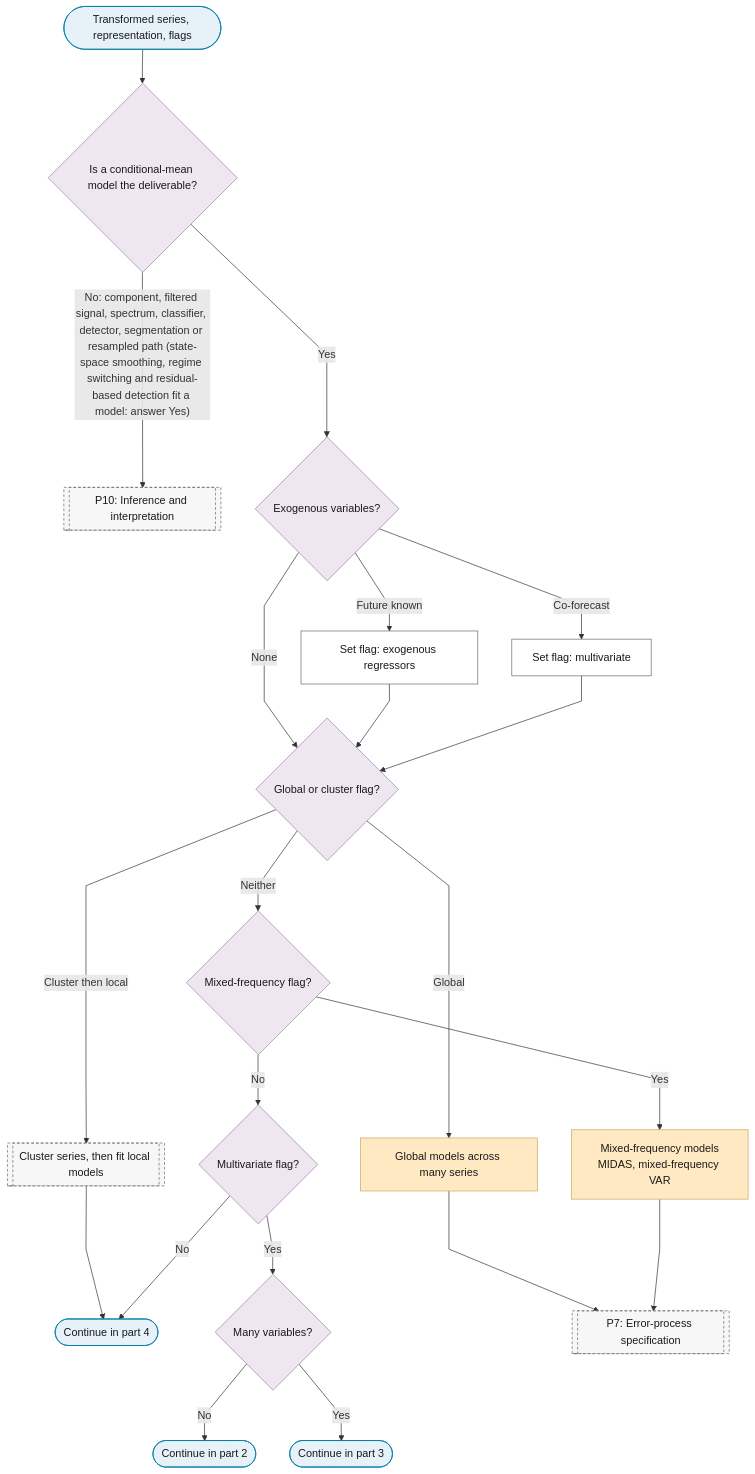
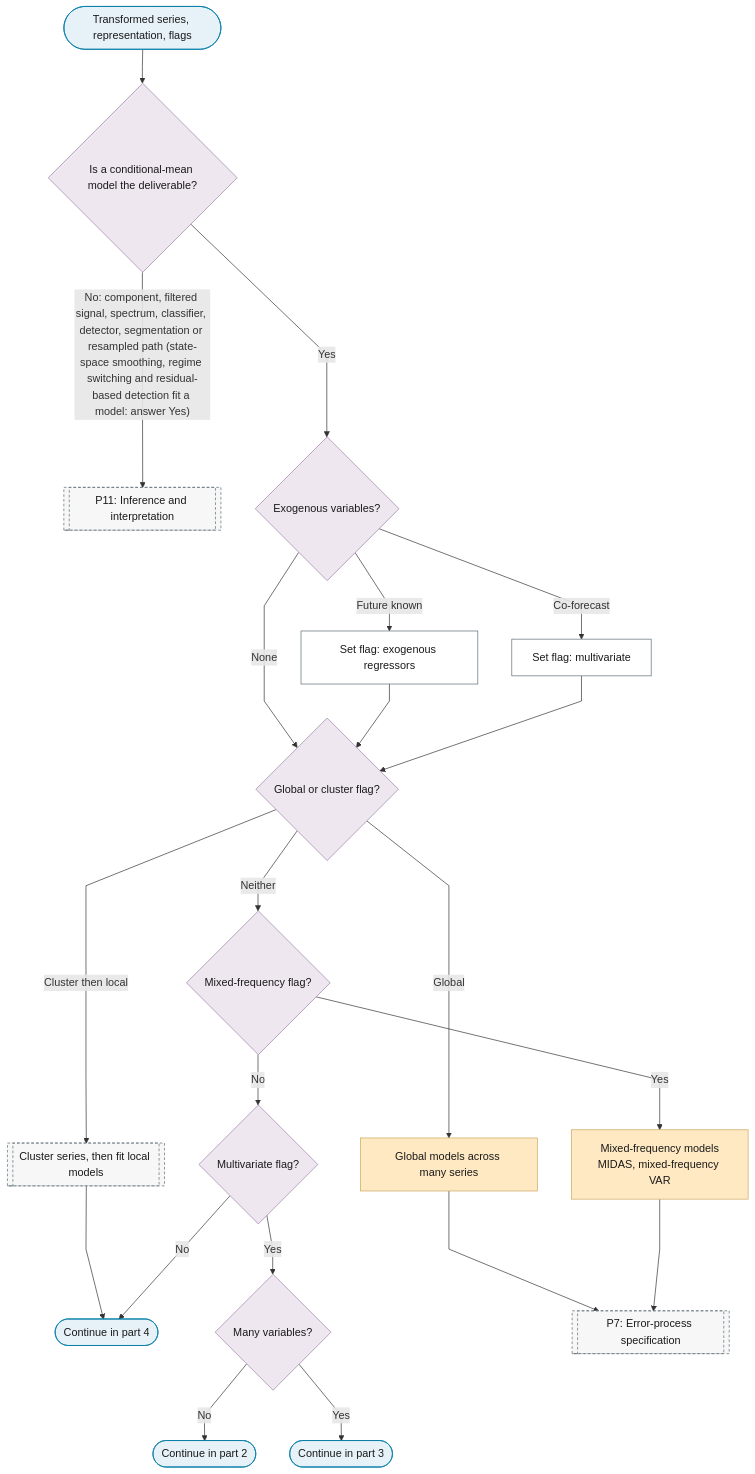
One commit to Shuxin-Y/time-series-analysis-manual changed the first of 10 diagrams in docs/01-workflow/p06-mean-model-class.md. Above: the diagram before and after it, drawn with Mermaid. The commit also changed other lines of this file and 75 other files, not shown here.

````diff
--- a/docs/01-workflow/p06-mean-model-class.md
+++ b/docs/01-workflow/p06-mean-model-class.md
@@ -11,35 +11,35 @@
 ```mermaid
 %%{init: {"flowchart": {"curve": "linear"}}}%%
 graph TD
     P6_IN(["Transformed series, representation, flags"]) --> P6_MODEL_NEEDED{"Is a conditional-mean model the deliverable?"}
-    P6_MODEL_NEEDED -->|"No: component, filtered signal, spectrum, classifier, detector, segmentation or resampled path (state-space smoothing, regime switching and residual-based detection fit a model: answer Yes)"| P10[["P10: Inference and interpretation"]]
+    P6_MODEL_NEEDED -->|"No: component, filtered signal, spectrum, classifier, detector, segmentation or resampled path (state-space smoothing, regime switching and residual-based detection fit a model: answer Yes)"| P11[["P11: Inference and interpretation"]]
     P6_MODEL_NEEDED -->|"Yes"| P6_EXOGENOUS{"Exogenous variables?"}
     P6_EXOGENOUS -->|"Future known"| P6_EXOG_FLAG["Set flag: exogenous regressors"]
     P6_EXOGENOUS -->|"Co-forecast"| P6_MULTI_FLAG["Set flag: multivariate"]
     P6_EXOGENOUS -->|"None"| P6_GLOBAL_Q
     P6_EXOG_FLAG & P6_MULTI_FLAG --> P6_GLOBAL_Q{"Global or cluster flag?"}
     P6_GLOBAL_Q -->|"Global"| P6_GLOBAL_MODELS["Global models across many series"]
     P6_GLOBAL_Q -->|"Cluster then local"| B7_CLUSTER_THEN_LOCAL[["Cluster series, then fit local models"]]
     P6_GLOBAL_Q -->|"Neither"| P6_MIXED_Q{"Mixed-frequency flag?"}
     B7_CLUSTER_THEN_LOCAL --> P6_TO_PART_4
     P6_MIXED_Q -->|"Yes"| P6_MIXED_FREQUENCY["Mixed-frequency models<br/>MIDAS, mixed-frequency VAR"]
     P6_MIXED_Q -->|"No"| P6_MULTI_Q{"Multivariate flag?"}
     P6_MULTI_Q -->|"Yes"| P6_MANY_Q{"Many variables?"}
     P6_MULTI_Q -->|"No"| P6_TO_PART_4(["Continue in part 4"])
     P6_MANY_Q -->|"No"| P6_TO_PART_2(["Continue in part 2"])
     P6_MANY_Q -->|"Yes"| P6_TO_PART_3(["Continue in part 3"])
     P6_GLOBAL_MODELS & P6_MIXED_FREQUENCY --> P7[["P7: Error-process specification"]]
     class P6_GLOBAL_MODELS,P6_MIXED_FREQUENCY escalate
     class P6_IN,P6_TO_PART_4,P6_TO_PART_2,P6_TO_PART_3 terminator
     class P6_MODEL_NEEDED,P6_EXOGENOUS,P6_GLOBAL_Q,P6_MIXED_Q,P6_MULTI_Q,P6_MANY_Q decision
     class P6_EXOG_FLAG,P6_MULTI_FLAG process
-    class P10,B7_CLUSTER_THEN_LOCAL,P7 ref
+    class P11,B7_CLUSTER_THEN_LOCAL,P7 ref
     classDef terminator fill:#E6F2F7,stroke:#007BA7,color:#1A1A1A;
     classDef process fill:#FFFFFF,stroke:#5A6B73,color:#1A1A1A;
     classDef decision fill:#EFE7F0,stroke:#9B7FA7,color:#1A1A1A;
     classDef data fill:#FFF4E0,stroke:#C9A55E,color:#1A1A1A;
     classDef good fill:#DCEFD8,stroke:#4A7A3F,color:#1A1A1A;
     classDef escalate fill:#FFE9C2,stroke:#C9A55E,color:#1A1A1A;
     classDef problem fill:#F2D9DE,stroke:#800020,color:#1A1A1A;
     classDef ref fill:#F7F7F7,stroke:#5A6B73,color:#1A1A1A,stroke-dasharray:4 3;
 ```
````
